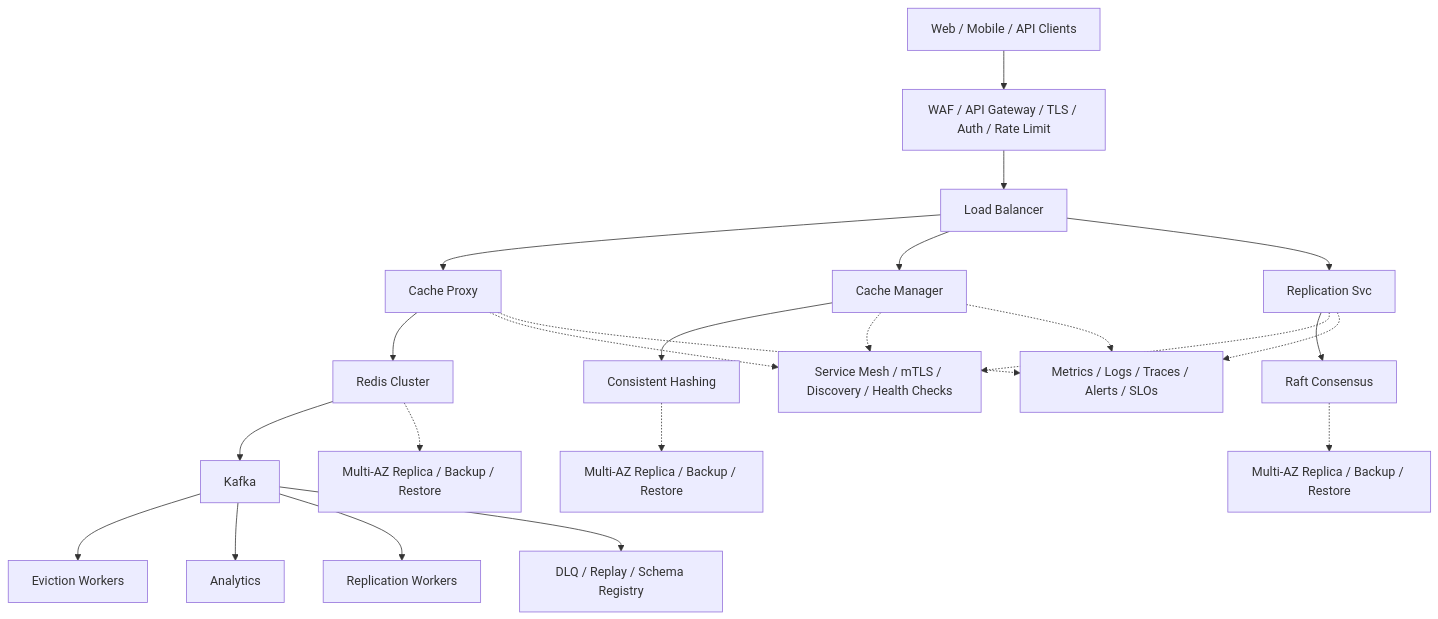
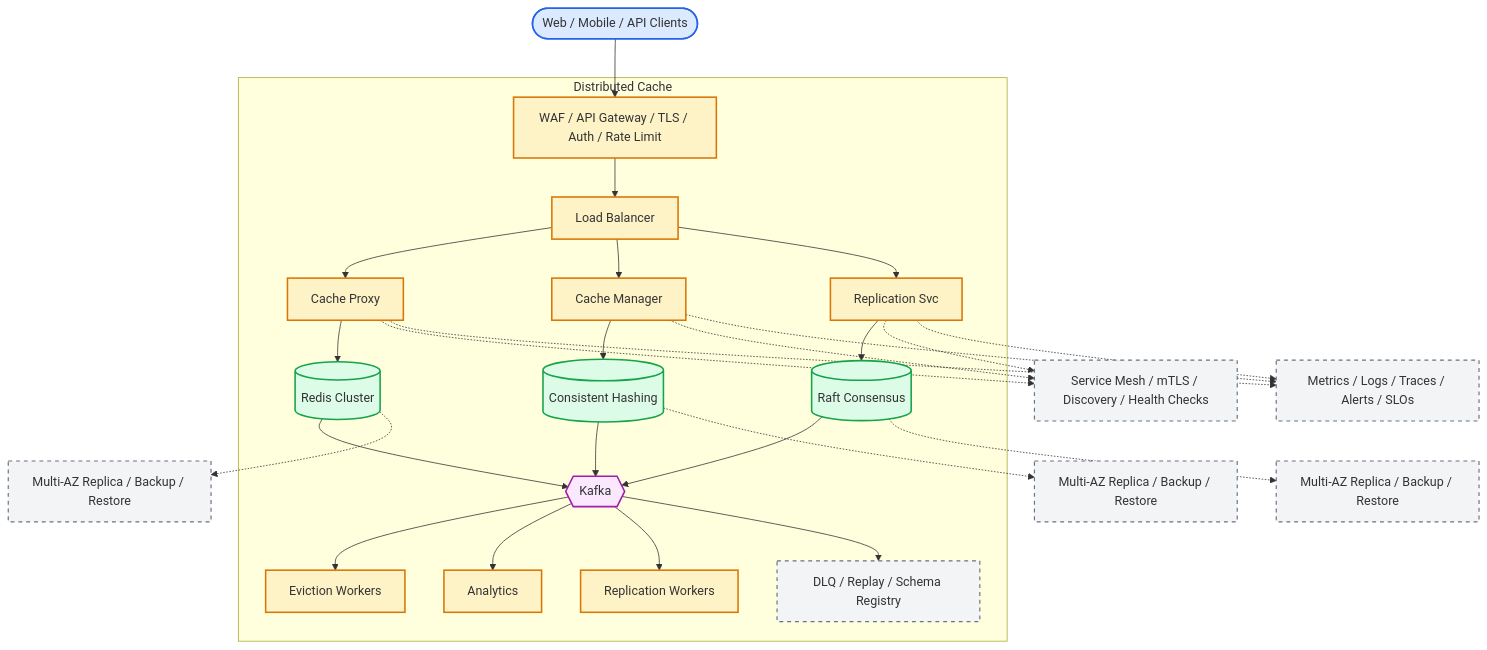
The diagram in system-design-distributed-cache.md (aishwary11/system-design), drawn with Mermaid before and after one commit. The commit also changed other lines of this file and 36 other files, not shown here.

First line of the commit message:
Standardize all diagrams on C4-style Mermaid template

````diff
--- a/system-design-distributed-cache.md
+++ b/system-design-distributed-cache.md
@@ -39,25 +39,65 @@
 ```mermaid
 flowchart TB
-    clients["Web / Mobile / API Clients"] --> edge["WAF / API Gateway / TLS / Auth / Rate Limit"]
-    edge --> lb["Load Balancer"]
-    lb --> svc0["Cache Proxy"]
-    lb --> svc1["Cache Manager"]
-    lb --> svc2["Replication Svc"]
-    svc0 --> store0["Redis Cluster"]
-    svc1 --> store1["Consistent Hashing"]
-    svc2 --> store2["Raft Consensus"]
-    store0 --> stream["Kafka"]
-    stream --> worker0["Eviction Workers"]
-    stream --> worker1["Analytics"]
-    stream --> worker2["Replication Workers"]
-    svc0 -.-> platform["Service Mesh / mTLS / Discovery / Health Checks"]
-    svc1 -.-> platform
-    svc2 -.-> platform
-    store0 -.-> backup0["Multi-AZ Replica / Backup / Restore"]
-    store1 -.-> backup1["Multi-AZ Replica / Backup / Restore"]
-    store2 -.-> backup2["Multi-AZ Replica / Backup / Restore"]
-    stream --> dlq["DLQ / Replay / Schema Registry"]
-    svc0 -.-> ops["Metrics / Logs / Traces / Alerts / SLOs"]
+    %% Actors (people)
+    clients(["Web / Mobile / API Clients"])
+
+    %% System boundary - containers owned by the platform
+    subgraph platform["Distributed Cache"]
+        edge["WAF / API Gateway / TLS / Auth / Rate Limit"]
+        lb["Load Balancer"]
+        svc0["Cache Proxy"]
+        svc1["Cache Manager"]
+        svc2["Replication Svc"]
+        store0[("Redis Cluster")]
+        store1[("Consistent Hashing")]
+        store2[("Raft Consensus")]
+        stream{{"Kafka"}}
+        worker0["Eviction Workers"]
+        worker1["Analytics"]
+        worker2["Replication Workers"]
+        dlq["DLQ / Replay / Schema Registry"]
+    end
+
+    %% Cross-cutting control plane (dashed edges)
+    mesh["Service Mesh / mTLS / Discovery / Health Checks"]
+    ops["Metrics / Logs / Traces / Alerts / SLOs"]
+    backup0["Multi-AZ Replica / Backup / Restore"]
+    backup1["Multi-AZ Replica / Backup / Restore"]
+    backup2["Multi-AZ Replica / Backup / Restore"]
+
+    clients --> edge
+    edge --> lb
+    lb --> svc0
+    lb --> svc1
+    lb --> svc2
+    svc0 --> store0
+    svc1 --> store1
+    svc2 --> store2
+    store0 --> stream
+    store1 --> stream
+    store2 --> stream
+    stream --> worker0
+    stream --> worker1
+    stream --> worker2
+    stream --> dlq
+    svc0 -.-> mesh
+    svc1 -.-> mesh
+    svc2 -.-> mesh
+    svc0 -.-> ops
     svc1 -.-> ops
     svc2 -.-> ops
+    store0 -.-> backup0
+    store1 -.-> backup1
+    store2 -.-> backup2
+
+    classDef actor fill:#dbeafe,stroke:#2563eb,stroke-width:2px
+    classDef service fill:#fef3c7,stroke:#d97706,stroke-width:2px
+    classDef store fill:#dcfce7,stroke:#16a34a,stroke-width:2px
+    classDef broker fill:#fae8ff,stroke:#a21caf,stroke-width:2px
+    classDef control fill:#f3f4f6,stroke:#6b7280,stroke-width:1.5px,stroke-dasharray:5 5
+    class clients actor
+    class edge,lb,svc0,svc1,svc2,worker0,worker1,worker2 service
+    class store0,store1,store2 store
+    class stream broker
+    class dlq,mesh,ops,backup0,backup1,backup2 control
 ```
````
